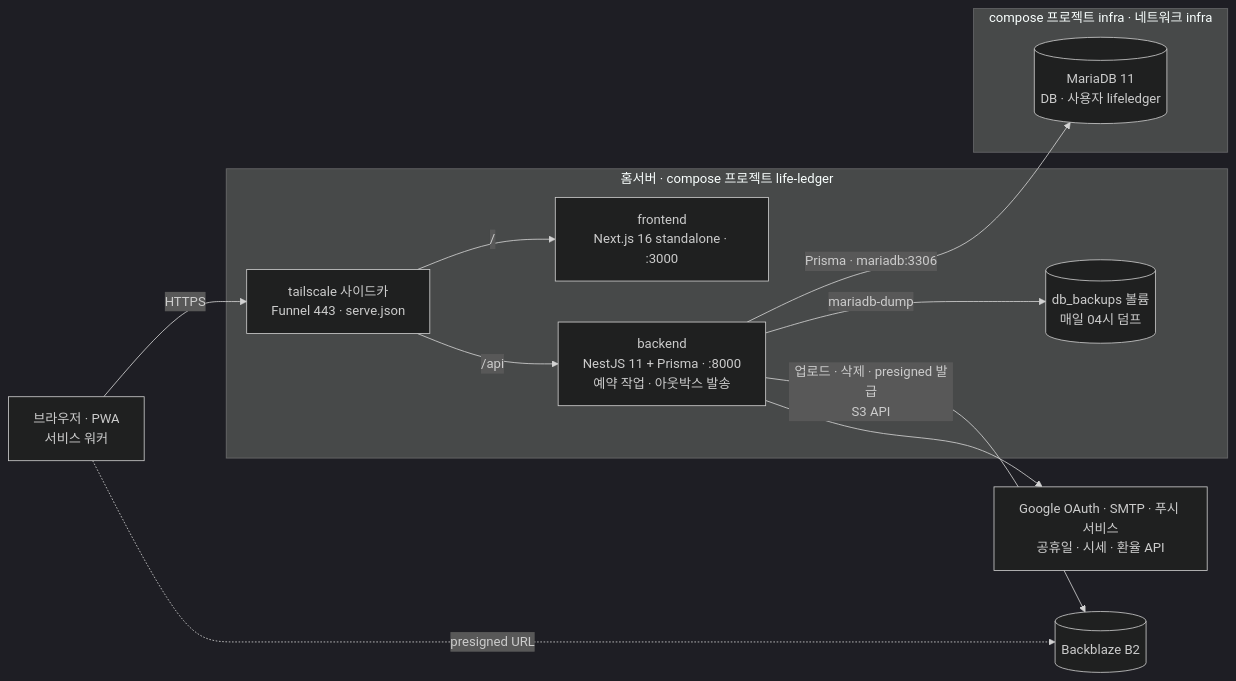
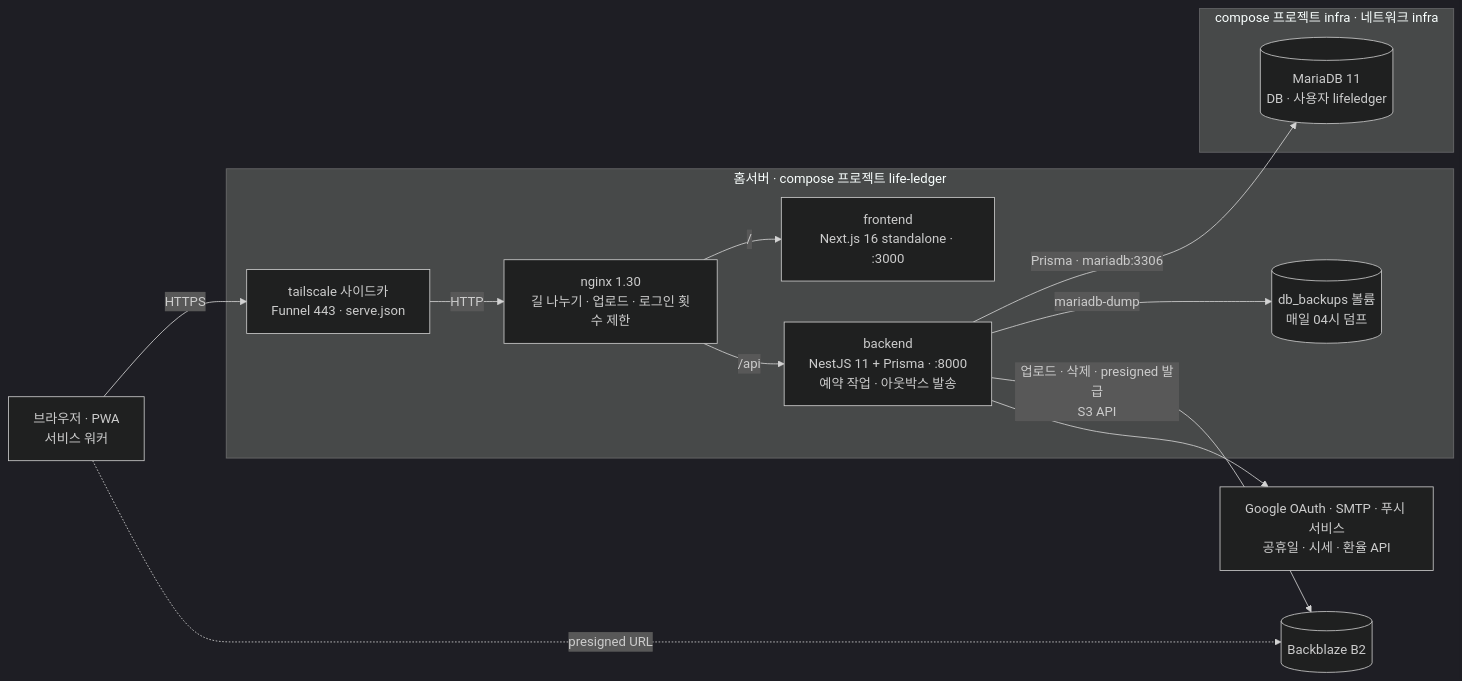
Before and after one commit to leejinyoung-kr/life-ledger: the second of 2 diagrams in docs/architecture.md, drawn with Mermaid (dark theme). The commit also changed other lines of this file and 8 other files, not shown here.

First line of the commit message:
[feat] 사이드카 뒤에 Nginx 를 둔다 — 경로 나누기 · 업로드 한도 · 로그인 횟수 제한 · gzip

````diff
--- a/docs/architecture.md
+++ b/docs/architecture.md
@@ -66,27 +66,29 @@
 ```mermaid
 flowchart LR
   browser[브라우저 · PWA<br/>서비스 워커]
 
   subgraph home[홈서버 · compose 프로젝트 life-ledger]
     ts[tailscale 사이드카<br/>Funnel 443 · serve.json]
+    ng[nginx 1.30<br/>길 나누기 · 업로드 · 로그인 횟수 제한]
     fe[frontend<br/>Next.js 16 standalone · :3000]
     be[backend<br/>NestJS 11 + Prisma · :8000<br/>예약 작업 · 아웃박스 발송]
     vol[(db_backups 볼륨<br/>매일 04시 덤프)]
   end
 
   subgraph infra[compose 프로젝트 infra · 네트워크 infra]
     db[(MariaDB 11<br/>DB · 사용자 lifeledger)]
   end
 
   b2[(Backblaze B2)]
   ext[Google OAuth · SMTP · 푸시 서비스<br/>공휴일 · 시세 · 환율 API]
 
   browser -->|HTTPS| ts
-  ts -->|"/"| fe
-  ts -->|"/api"| be
+  ts -->|HTTP| ng
+  ng -->|"/"| fe
+  ng -->|"/api"| be
   be -->|Prisma · mariadb:3306| db
   be -->|mariadb-dump| vol
   be -->|업로드 · 삭제 · presigned 발급<br/>S3 API| b2
   browser -.->|presigned URL| b2
   be --> ext
 ```
````
